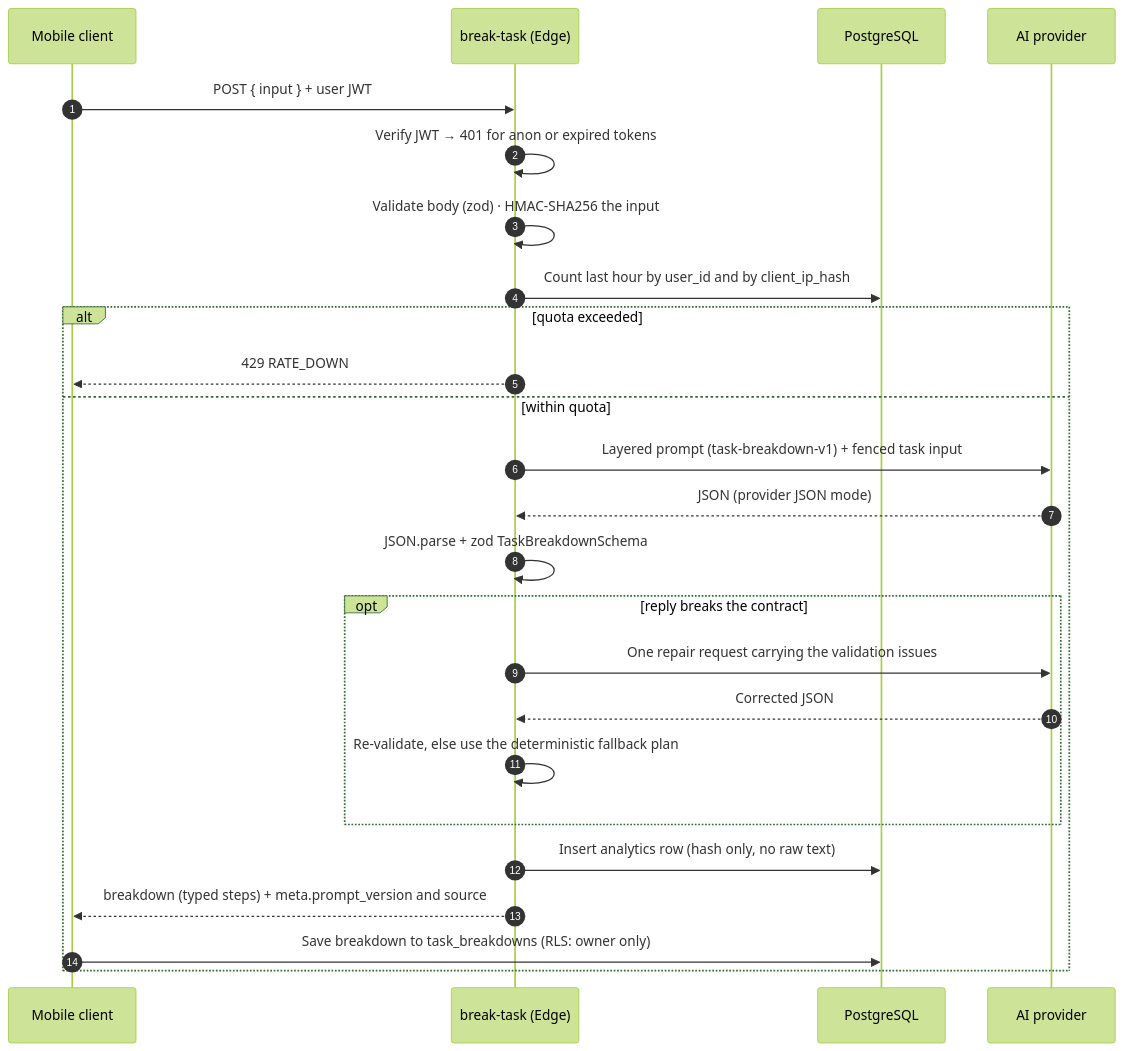
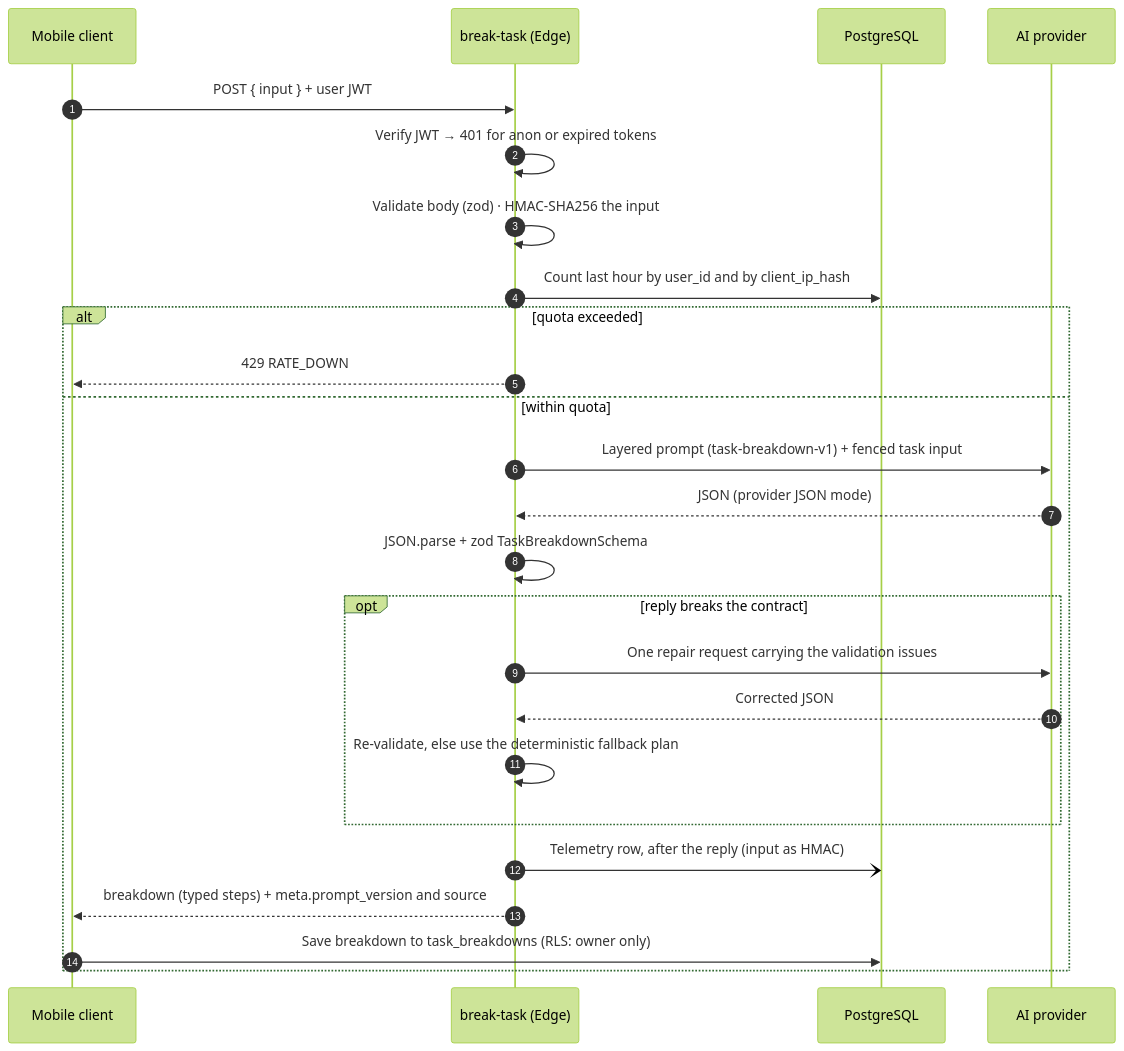
The second of 3 diagrams in README.md (ahmetHakanSenel/Minito), drawn with Mermaid (forest theme) before and after one commit. The commit also changed other lines of this file and 4 other files, not shown here.

First line of the commit message:
feat(ai): take telemetry off the reply path and make moderation unconditional

````diff
--- a/README.md
+++ b/README.md
@@ -64,28 +64,28 @@
 ```mermaid
 sequenceDiagram
   autonumber
   participant App as Mobile client
   participant EF as break-task (Edge)
   participant DB as PostgreSQL
   participant LLM as AI provider
 
   App->>EF: POST { input } + user JWT
   EF->>EF: Verify JWT → 401 for anon or expired tokens
   EF->>EF: Validate body (zod) · HMAC-SHA256 the input
   EF->>DB: Count last hour by user_id and by client_ip_hash
   alt quota exceeded
     EF-->>App: 429 RATE_DOWN
   else within quota
     EF->>LLM: Layered prompt (task-breakdown-v1) + fenced task input
     LLM-->>EF: JSON (provider JSON mode)
     EF->>EF: JSON.parse + zod TaskBreakdownSchema
     opt reply breaks the contract
       EF->>LLM: One repair request carrying the validation issues
       LLM-->>EF: Corrected JSON
       EF->>EF: Re-validate, else use the deterministic fallback plan
     end
-    EF->>DB: Insert analytics row (hash only, no raw text)
+    EF-)DB: Telemetry row, after the reply (input as HMAC)
     EF-->>App: breakdown (typed steps) + meta.prompt_version and source
     App->>DB: Save breakdown to task_breakdowns (RLS: owner only)
   end
 ```
````
